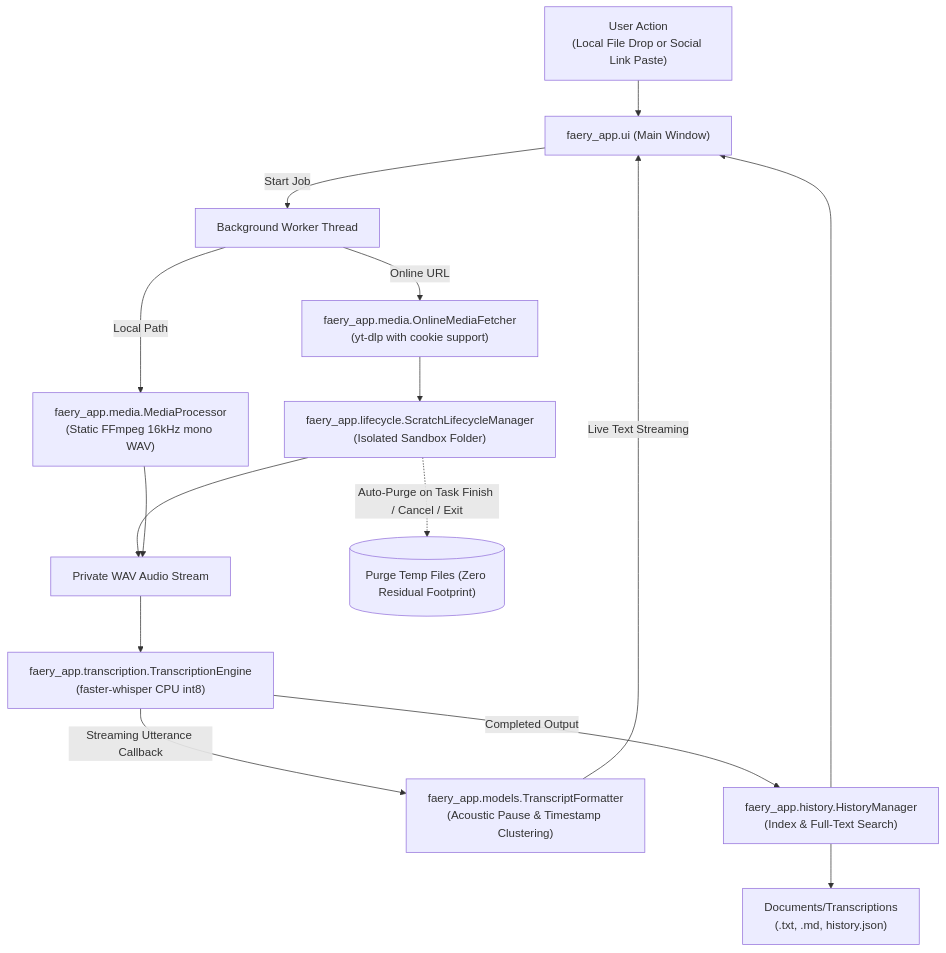
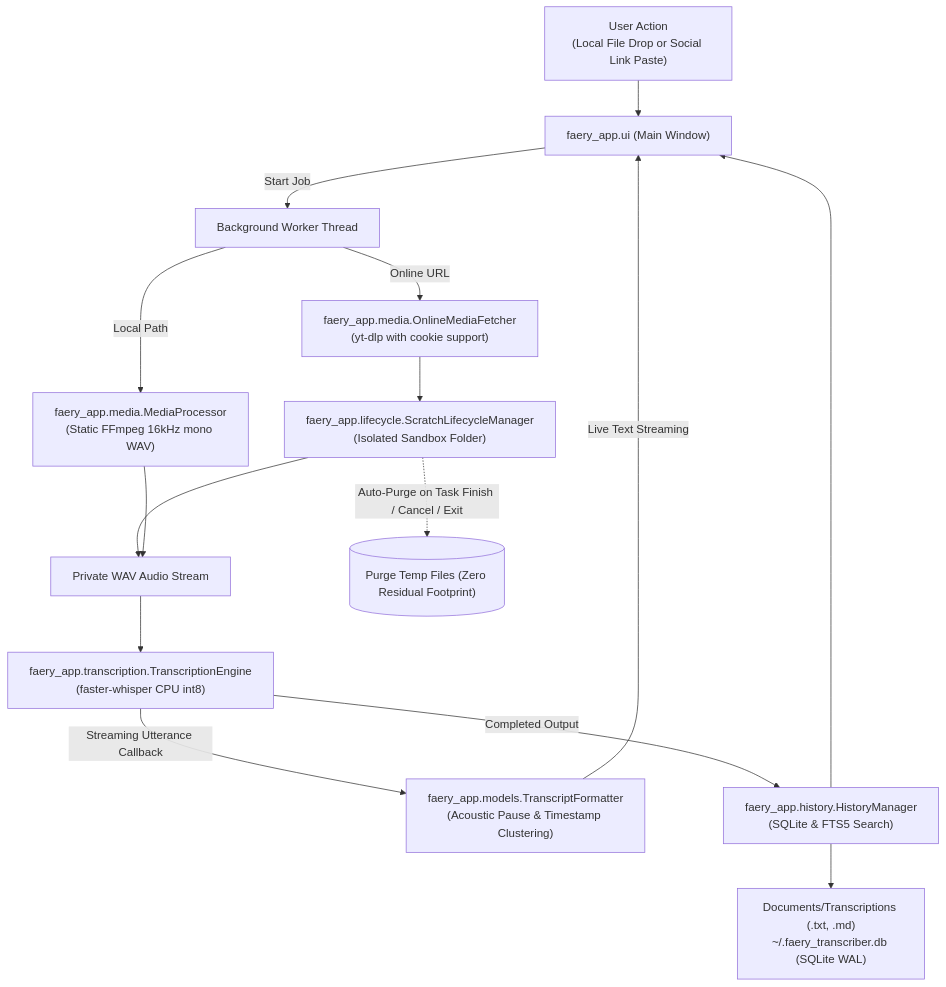
The second of 2 diagrams in knowledge/core_knowledge/architecture.md (ApetriStefan/FaeryGood-Transcriber), drawn with Mermaid before and after one commit. The commit also changed other lines of this file and 12 other files, not shown here.

Commit message:
feat: embed SQLite database with FTS5 search and legacy JSON migration

````diff
--- a/knowledge/core_knowledge/architecture.md
+++ b/knowledge/core_knowledge/architecture.md
@@ -62,23 +62,23 @@
 ```mermaid
 flowchart TD
     User["User Action\n(Local File Drop or Social Link Paste)"] --> UI["faery_app.ui (Main Window)"]
     UI -->|Start Job| Worker["Background Worker Thread"]
     
     Worker -->|Online URL| Fetcher["faery_app.media.OnlineMediaFetcher\n(yt-dlp with cookie support)"]
     Worker -->|Local Path| Processor["faery_app.media.MediaProcessor\n(Static FFmpeg 16kHz mono WAV)"]
     
     Fetcher --> Scratch["faery_app.lifecycle.ScratchLifecycleManager\n(Isolated Sandbox Folder)"]
     Scratch --> TempAudio["Private WAV Audio Stream"]
     Processor --> TempAudio
     
     TempAudio --> Engine["faery_app.transcription.TranscriptionEngine\n(faster-whisper CPU int8)"]
     
     Engine -->|Streaming Utterance Callback| Formatter["faery_app.models.TranscriptFormatter\n(Acoustic Pause & Timestamp Clustering)"]
     Formatter -->|Live Text Streaming| UI
     
-    Engine -->|Completed Output| HistorySub["faery_app.history.HistoryManager\n(Index & Full-Text Search)"]
-    HistorySub --> Disk["Documents/Transcriptions\n(.txt, .md, history.json)"]
+    Engine -->|Completed Output| HistorySub["faery_app.history.HistoryManager\n(SQLite & FTS5 Search)"]
+    HistorySub --> Disk["Documents/Transcriptions (.txt, .md)\n~/.faery_transcriber.db (SQLite WAL)"]
     HistorySub --> UI
     
     Scratch -.->|Auto-Purge on Task Finish / Cancel / Exit| Wipe[("Purge Temp Files (Zero Residual Footprint)")]
 ```
````
